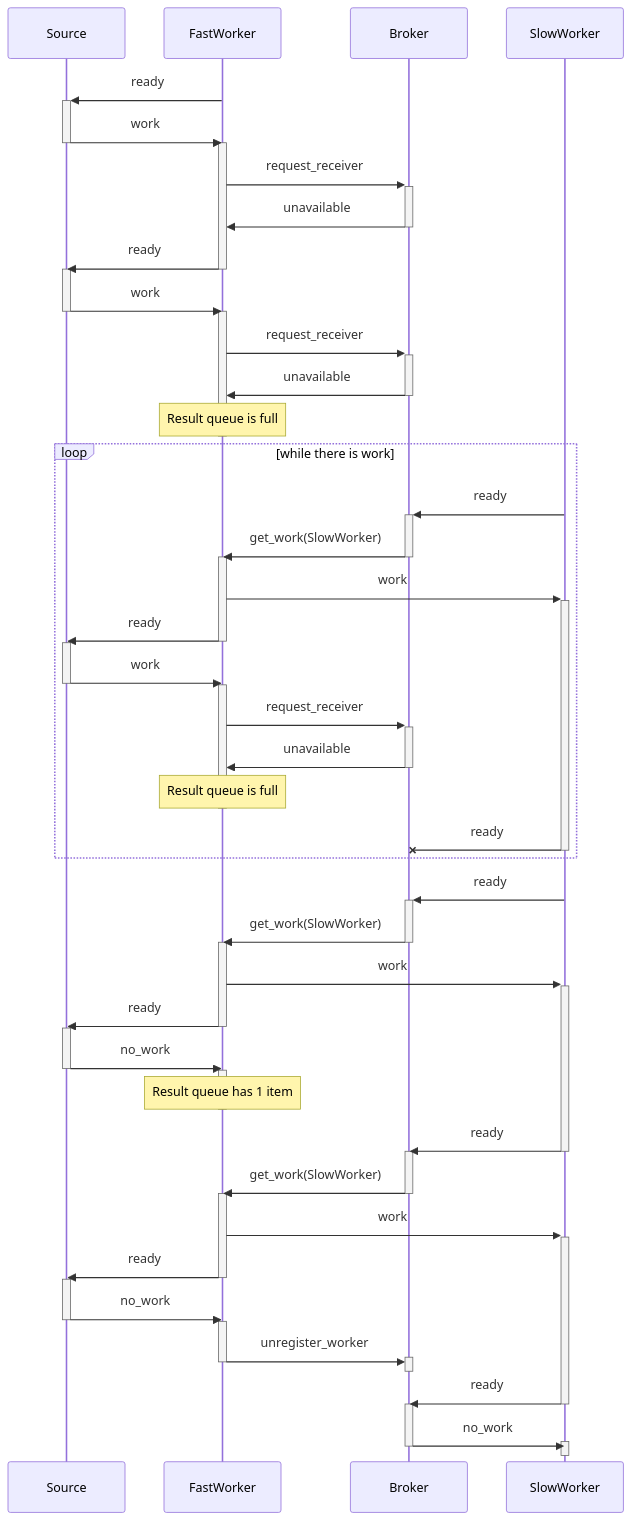
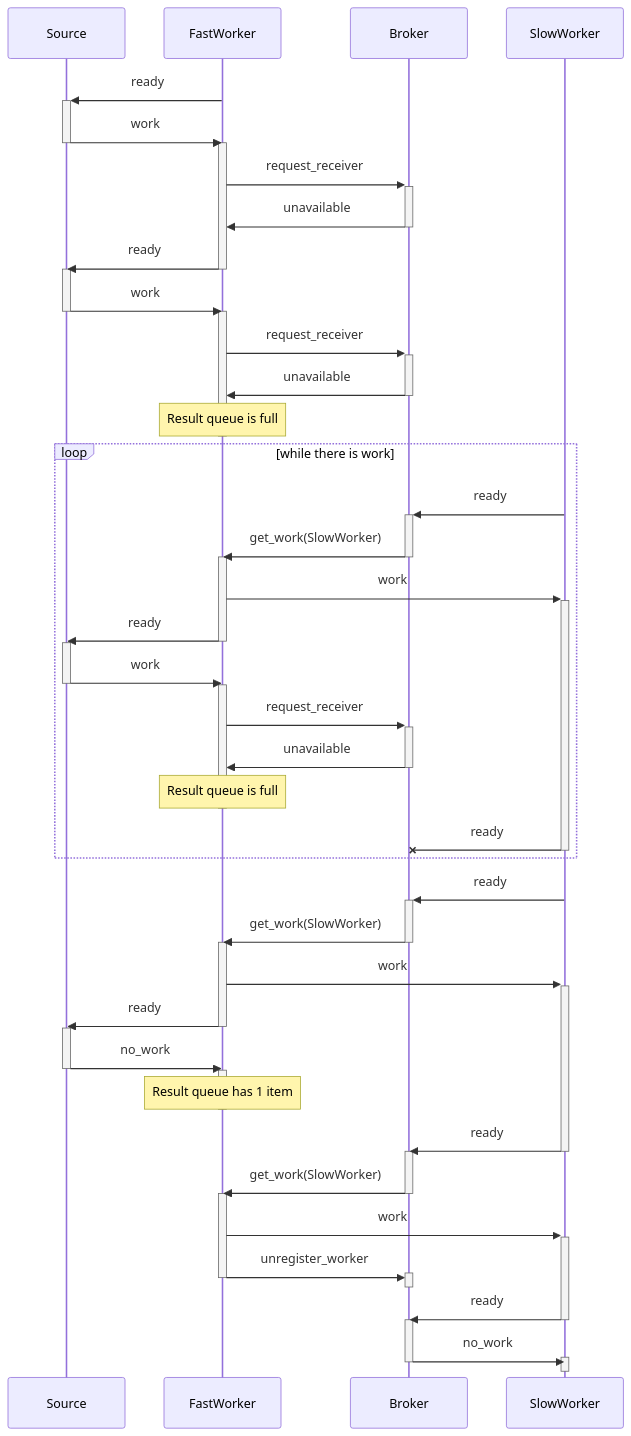
One commit to tpf-concurrent-benchmarks/image_processing_elixir changed the sixth of 6 diagrams in distributed_pipeline/distributed_framework.md. Above: the diagram before and after it, drawn with Mermaid. The commit also changed other lines of this file and 1 other file, not shown here.

Commit message:
update docs w/ bugfix: ready-bomb

````diff
--- a/distributed_pipeline/distributed_framework.md
+++ b/distributed_pipeline/distributed_framework.md
@@ -364,77 +374,73 @@
 ```mermaid
 sequenceDiagram
   participant Source
   participant FastWorker
   participant Broker
   participant SlowWorker
 
   FastWorker ->>+ Source : ready
   Source ->>- FastWorker : work
   activate FastWorker
   FastWorker ->>+ Broker : request_receiver
   Broker ->>- FastWorker : unavailable
   FastWorker ->> Source : ready
 
   deactivate FastWorker
   activate Source
   Source ->>- FastWorker : work
   activate FastWorker
   FastWorker ->>+ Broker : request_receiver
   Broker ->>- FastWorker : unavailable
   note over FastWorker : Result queue is full
   deactivate FastWorker
 
   loop while there is work
 
     SlowWorker ->>+ Broker : ready
     Broker ->>- FastWorker : get_work(SlowWorker)
     activate FastWorker
     FastWorker ->>+ SlowWorker : work
     FastWorker ->>- Source : ready
 
     activate Source
     Source ->>- FastWorker : work
     activate FastWorker
     FastWorker ->>+ Broker : request_receiver
     Broker ->>- FastWorker : unavailable
     note over FastWorker : Result queue is full
     deactivate FastWorker
 
     SlowWorker -x- Broker : ready
 
   end
 
   SlowWorker ->>+ Broker : ready
   Broker ->>- FastWorker : get_work(SlowWorker)
   activate FastWorker
   FastWorker ->>+ SlowWorker : work
   FastWorker ->>- Source : ready
 
   activate Source
   Source ->>- FastWorker : no_work
   activate FastWorker
   note over FastWorker : Result queue has 1 item
   deactivate FastWorker
 
 
   SlowWorker ->>- Broker : ready
   activate Broker
 
   Broker ->>- FastWorker : get_work(SlowWorker)
   activate FastWorker
   FastWorker ->>+ SlowWorker : work
-  FastWorker ->>- Source : ready
 
-  activate Source
-  Source ->>- FastWorker : no_work
-  activate FastWorker
   FastWorker ->>+ Broker : unregister_worker
   deactivate FastWorker
   deactivate Broker
 
   SlowWorker ->>- Broker : ready
   activate Broker
   Broker ->>- SlowWorker : no_work
   activate SlowWorker
   deactivate SlowWorker
 ```
````
